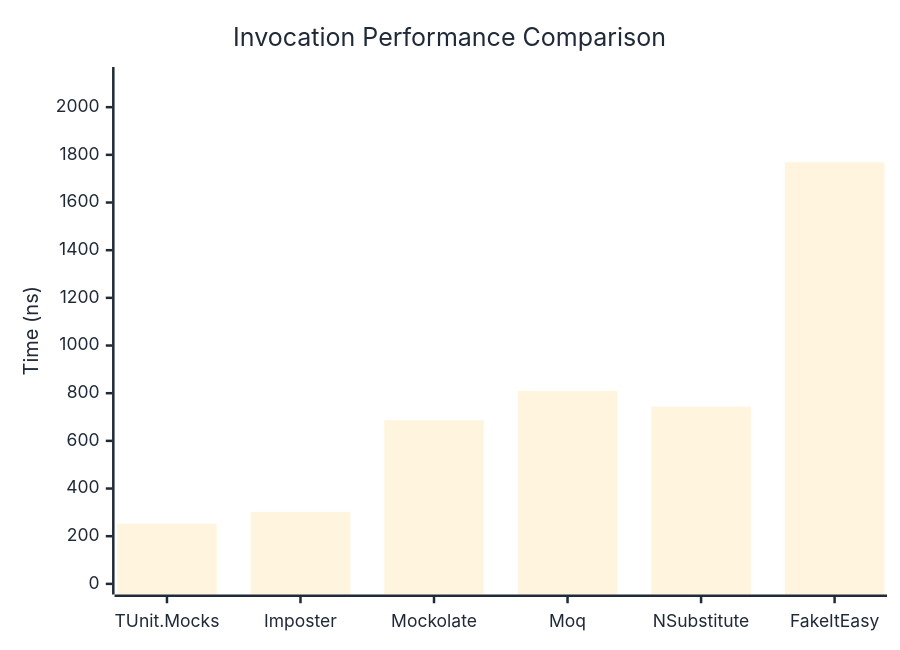
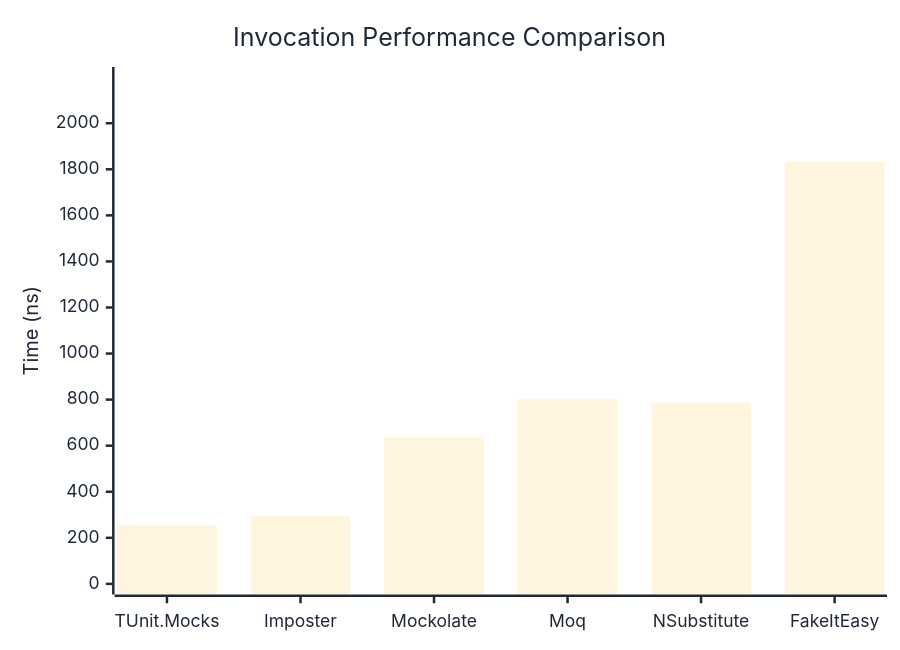
Before and after one commit to thomhurst/TUnit: the first of 3 diagrams in docs/docs/benchmarks/mocks/Invocation.md, drawn with Mermaid. The commit also changed other lines of this file and 14 other files, not shown here.

````diff
--- a/docs/docs/benchmarks/mocks/Invocation.md
+++ b/docs/docs/benchmarks/mocks/Invocation.md
@@ -28,27 +28,27 @@
 ```mermaid
 %%{init: {
   'theme':'base',
   'themeVariables': {
     'primaryColor': '#2563eb',
     'primaryTextColor': '#1f2937',
     'primaryBorderColor': '#1e40af',
     'lineColor': '#6b7280',
     'secondaryColor': '#7c3aed',
     'tertiaryColor': '#dc2626',
     'background': '#ffffff',
     'pie1': '#2563eb',
     'pie2': '#7c3aed',
     'pie3': '#dc2626',
     'pie4': '#f59e0b',
     'pie5': '#10b981',
     'pie6': '#06b6d4',
     'pie7': '#ec4899',
     'pie8': '#6366f1'
   }
 }}%%
 xychart-beta
   title "Invocation Performance Comparison"
   x-axis ["TUnit.Mocks", "Imposter", "Mockolate", "Moq", "NSubstitute", "FakeItEasy"]
-  y-axis "Time (ns)" 0 --> 2124
-  bar [252.6, 302, 686.8, 809.5, 743.5, 1769.2]
+  y-axis "Time (ns)" 0 --> 2198
+  bar [253.9, 294.7, 636.9, 801.3, 786.6, 1831.1]
 ```
````
